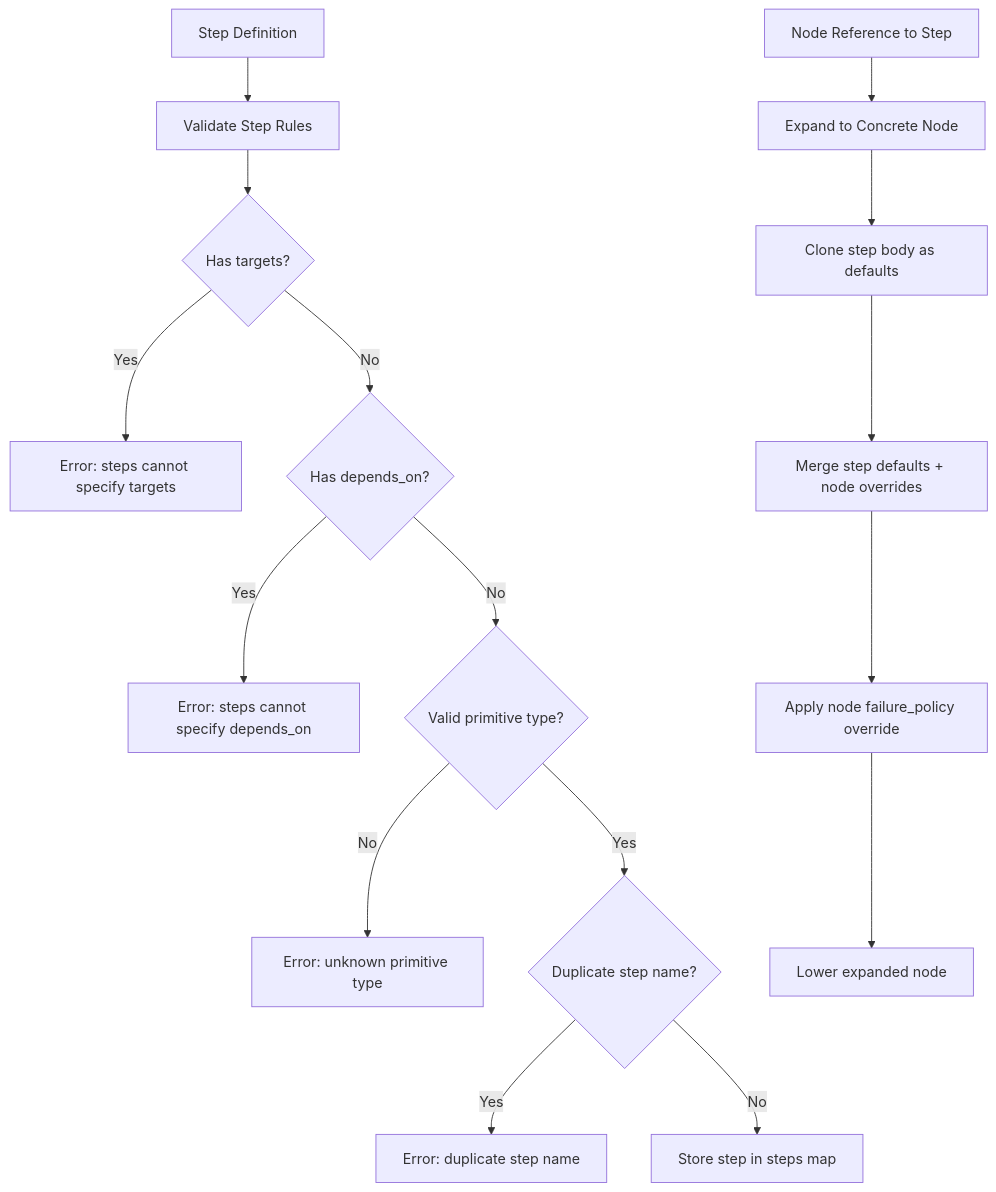
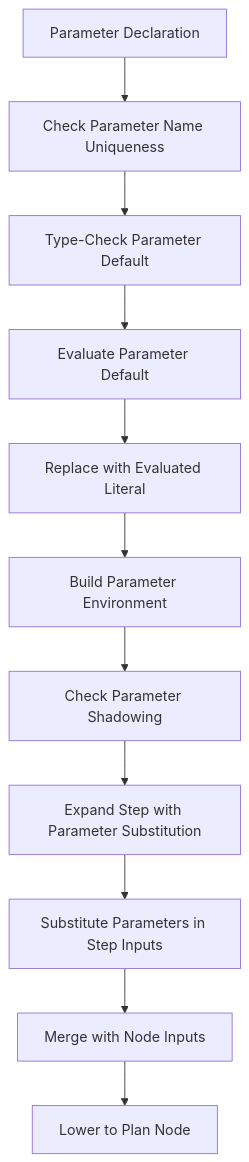
One commit to ahmednour1430464/dotdevops changed diagram 13 of 15 in .qoder/repowiki/en/content/.devops Language Reference/Validation Rules and Constraints.md. Above: the diagram before and after it, drawn with Mermaid. The commit also changed other lines of this file and 12 other files, not shown here.

````diff
--- a/.qoder/repowiki/en/content/.devops Language Reference/Validation Rules and Constraints.md
+++ b/.qoder/repowiki/en/content/.devops Language Reference/Validation Rules and Constraints.md
@@ -580,18 +951,13 @@
 ```mermaid
 flowchart TD
-StepDef["Step Definition"] --> ValidateStep["Validate Step Rules"]
-ValidateStep --> CheckTargets{"Has targets?"}
-CheckTargets --> |Yes| ErrTargets["Error: steps cannot specify targets"]
-CheckTargets --> |No| CheckDeps{"Has depends_on?"}
-CheckDeps --> |Yes| ErrDeps["Error: steps cannot specify depends_on"]
-CheckDeps --> |No| CheckType{"Valid primitive type?"}
-CheckType --> |No| ErrType["Error: unknown primitive type"]
-CheckType --> |Yes| CheckDup{"Duplicate step name?"}
-CheckDup --> |Yes| ErrDup["Error: duplicate step name"]
-CheckDup --> |No| StoreStep["Store step in steps map"]
-NodeRef["Node Reference to Step"] --> ExpandNode["Expand to Concrete Node"]
-ExpandNode --> CloneDefaults["Clone step body as defaults"]
-CloneDefaults --> MergeInputs["Merge step defaults + node overrides"]
-MergeInputs --> OverrideFP["Apply node failure_policy override"]
-OverrideFP --> LowerNode["Lower expanded node"]
+ParamDecl["Parameter Declaration"] --> CheckUniqueness["Check Parameter Name Uniqueness"]
+CheckUniqueness --> TypeCheckDefault["Type-Check Parameter Default"]
+TypeCheckDefault --> EvalDefault["Evaluate Parameter Default"]
+EvalDefault --> ReplaceDefault["Replace with Evaluated Literal"]
+ReplaceDefault --> BuildParamEnv["Build Parameter Environment"]
+BuildParamEnv --> CheckShadowing["Check Parameter Shadowing"]
+CheckShadowing --> ExpandStep["Expand Step with Parameter Substitution"]
+ExpandStep --> SubstituteParams["Substitute Parameters in Step Inputs"]
+SubstituteParams --> MergeInputs["Merge with Node Inputs"]
+MergeInputs --> LowerNode["Lower to Plan Node"]
 ```
````
